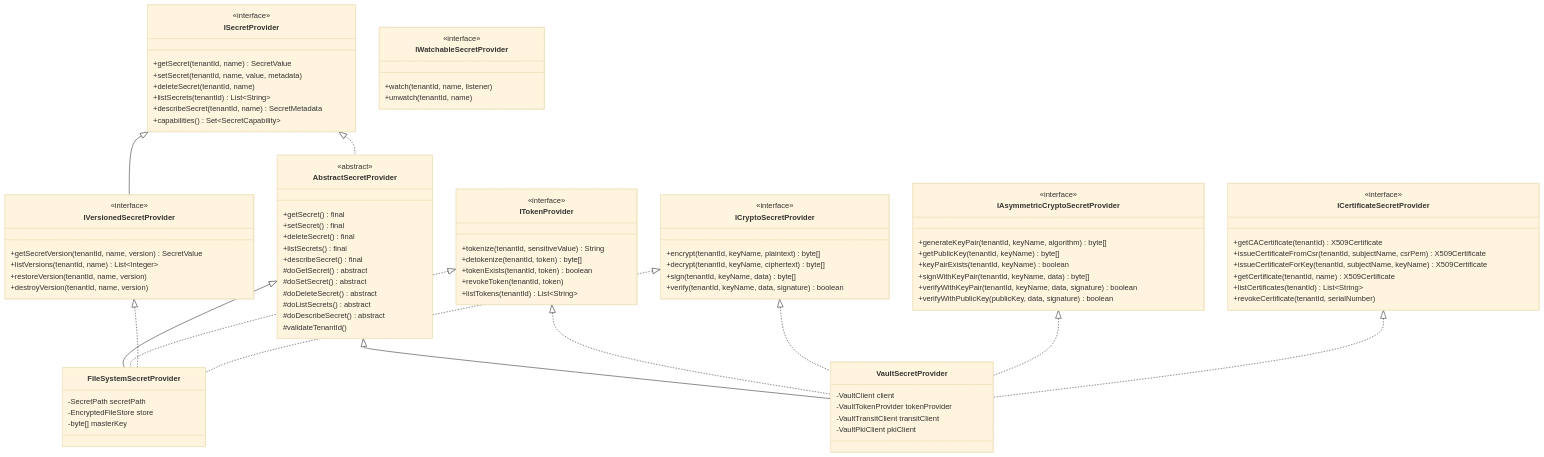
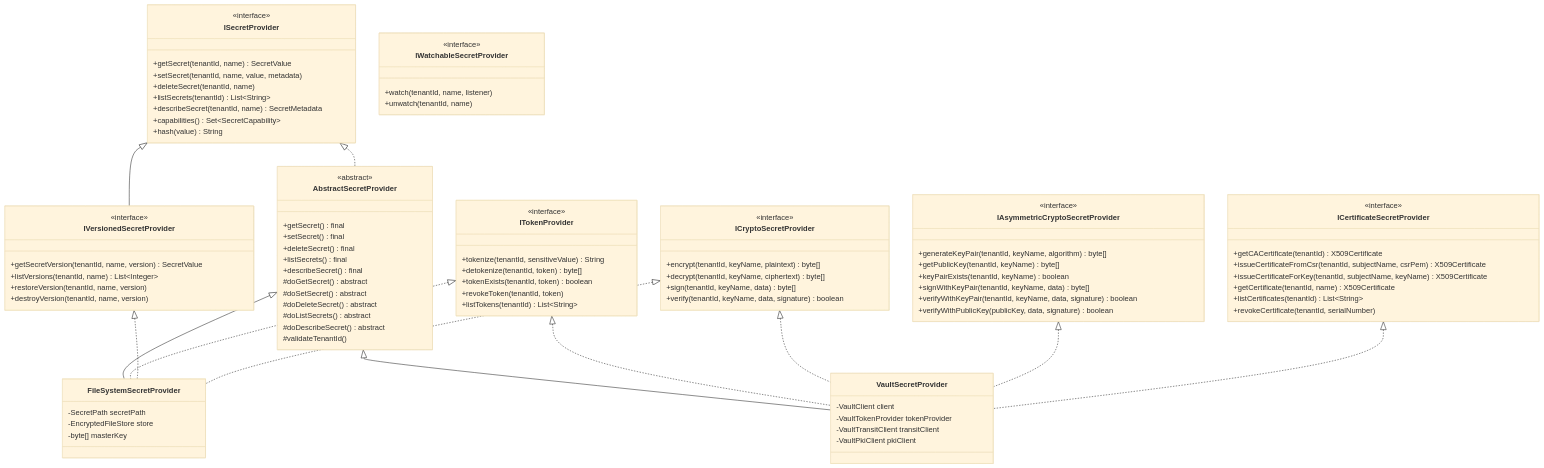
The second of 13 diagrams in architecture/secret-provider-architecture.md (asebban/payos-docs), drawn with Mermaid (base theme) before and after one commit. The commit also changed other lines of this file and 6 other files, not shown here.

```diff
--- a/architecture/secret-provider-architecture.md
+++ b/architecture/secret-provider-architecture.md
@@ -118,6 +120,7 @@
         +listSecrets(tenantId) List~String~
         +describeSecret(tenantId, name) SecretMetadata
         +capabilities() Set~SecretCapability~
+        +hash(value) String
     }
     class IVersionedSecretProvider {
         <<interface>>
```
